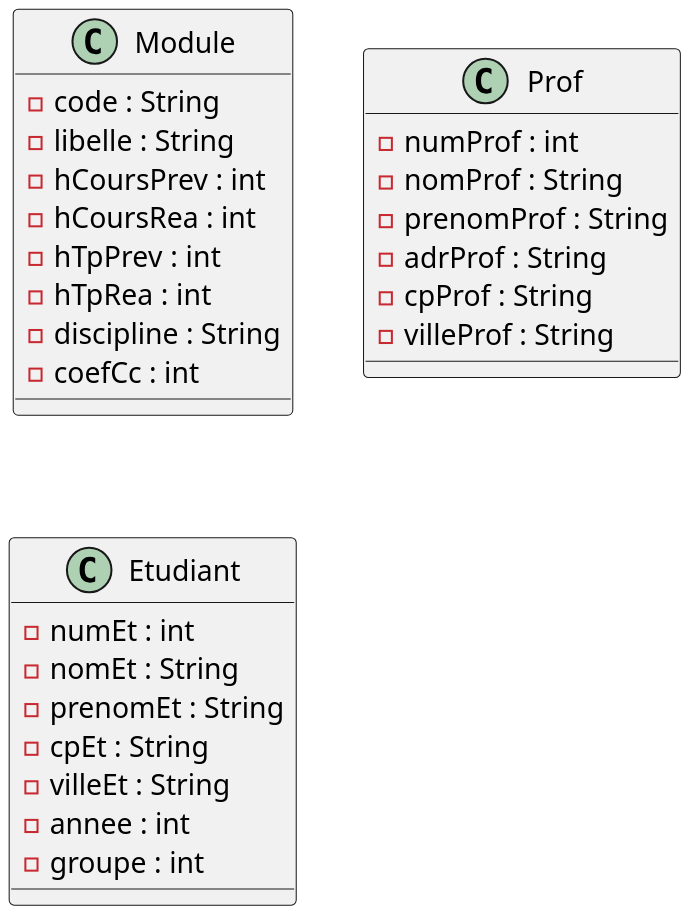
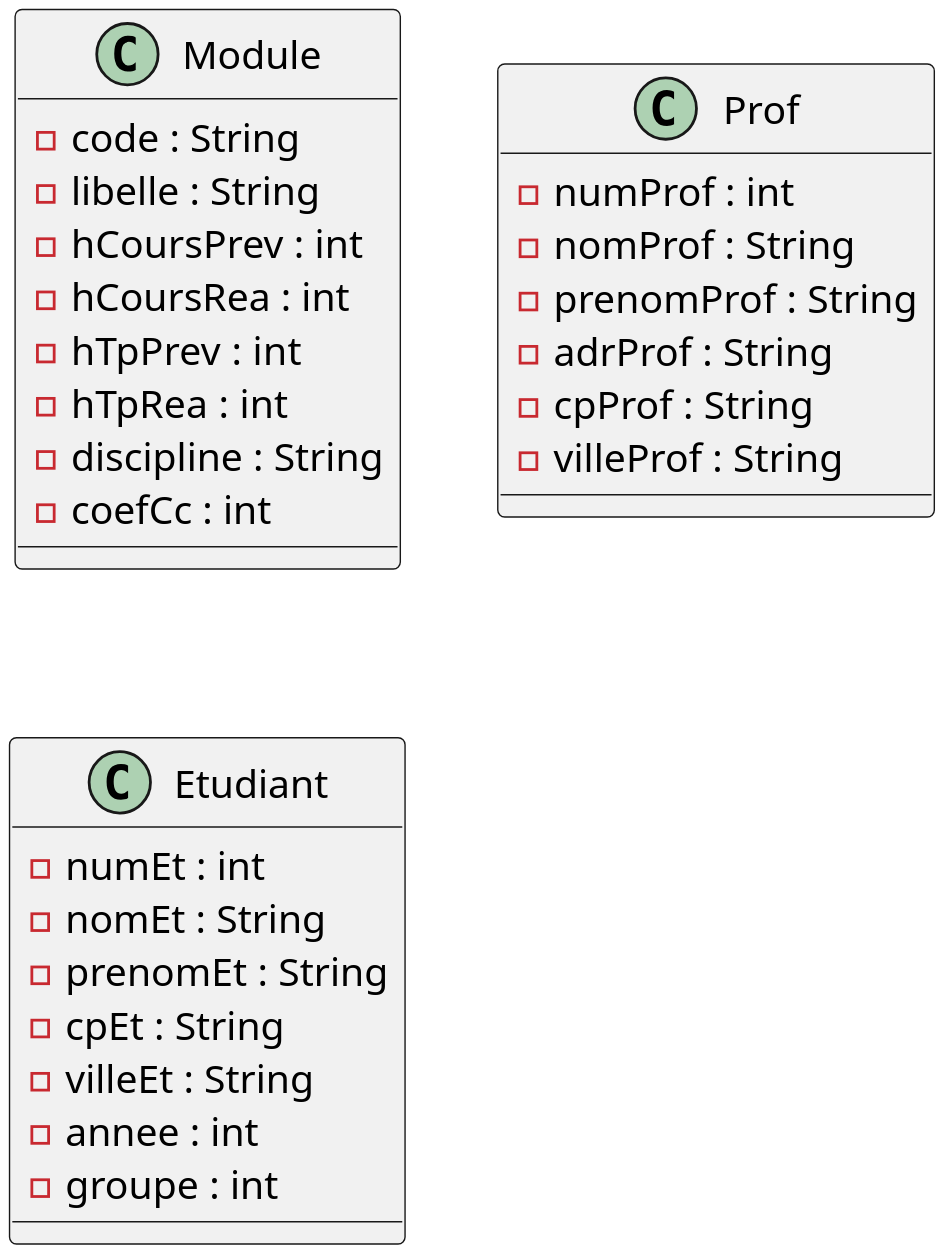
Before and after one commit to IUTInfoAix-M3106/TpJdbc: the diagram in src/main/resources/assets/ClassesMetier.puml, drawn with PlantUML.

Commit message:
Modification échelle des diagrammes

```diff
--- a/src/main/resources/assets/ClassesMetier.puml
+++ b/src/main/resources/assets/ClassesMetier.puml
@@ -1,34 +1,34 @@
 @startuml
 
-scale 750 width
+scale 3
 
 class Module{
 -code : String
 -libelle : String
 -hCoursPrev : int
 -hCoursRea : int
 -hTpPrev : int
 -hTpRea : int
 -discipline : String
 -coefCc : int
 }
 
 class Prof{
 -numProf : int
 -nomProf : String
 -prenomProf : String
 -adrProf : String
 -cpProf : String
 -villeProf : String
 }
 
 class Etudiant{
 -numEt : int
 -nomEt : String
 -prenomEt : String
 -cpEt : String
 -villeEt : String
 -annee : int
 -groupe : int
 }
 @enduml
```
